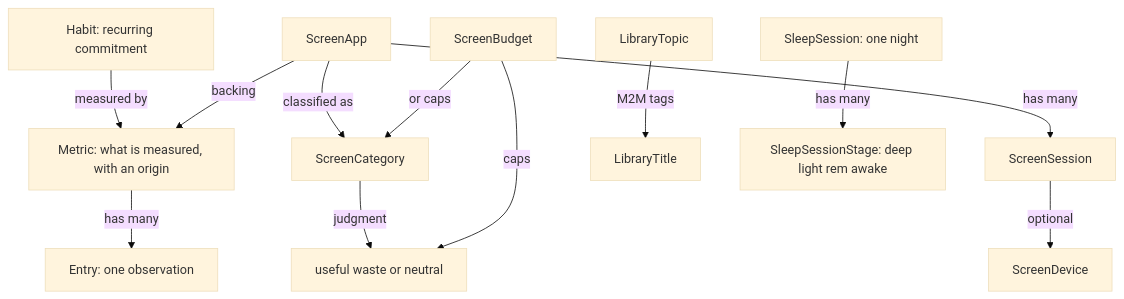
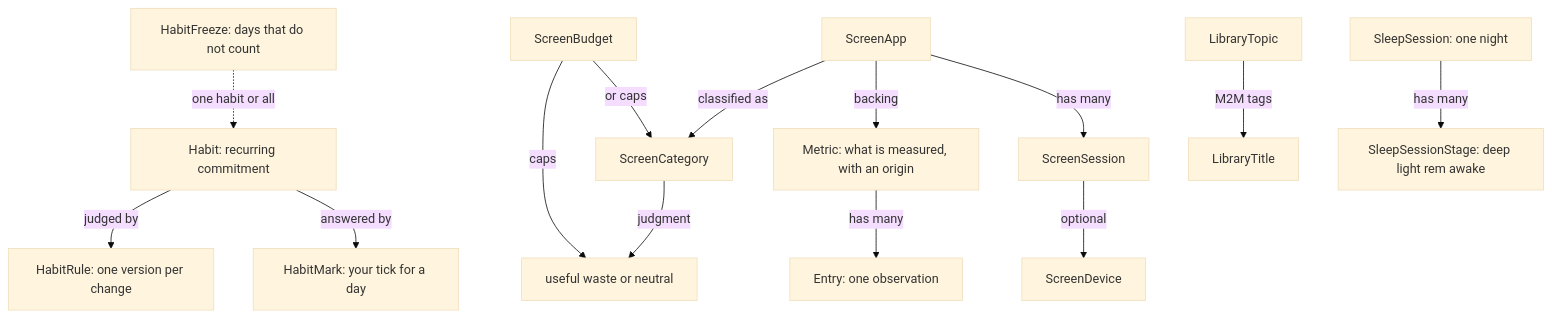
The first of 3 diagrams in docs/architecture/data-model.md (gio-white/atlas), drawn with Mermaid (base theme) before and after one commit. The commit also changed other lines of this file and 91 other files, not shown here.

First line of the commit message:
Habits phase 1: rule versions, marks, freezes, schema 15

````diff
--- a/docs/architecture/data-model.md
+++ b/docs/architecture/data-model.md
@@ -25,16 +25,18 @@
 ```mermaid
 flowchart TD
   Metric[Metric: what is measured, with an origin] -->|has many| Entry[Entry: one observation]
-  Habit[Habit: recurring commitment] -->|measured by| Metric
+  Habit[Habit: recurring commitment] -->|judged by| HabitRule[HabitRule: one version per change]
+  Habit -->|answered by| HabitMark[HabitMark: your tick for a day]
+  HabitFreeze[HabitFreeze: days that do not count] -.->|one habit or all| Habit
   ScreenCategory[ScreenCategory] -->|judgment| ScreenJudgment[useful waste or neutral]
   ScreenApp[ScreenApp] -->|classified as| ScreenCategory
   ScreenApp -->|backing| Metric
   ScreenApp -->|has many| ScreenSession[ScreenSession]
   ScreenSession -->|optional| ScreenDevice[ScreenDevice]
   ScreenBudget[ScreenBudget] -->|caps| ScreenJudgment
   ScreenBudget -->|or caps| ScreenCategory
   LibraryTopic[LibraryTopic]
   LibraryTitle[LibraryTitle]
   LibraryTopic -->|M2M tags| LibraryTitle
   SleepSession[SleepSession: one night] -->|has many| SleepSessionStage[SleepSessionStage: deep light rem awake]
 ```
````
